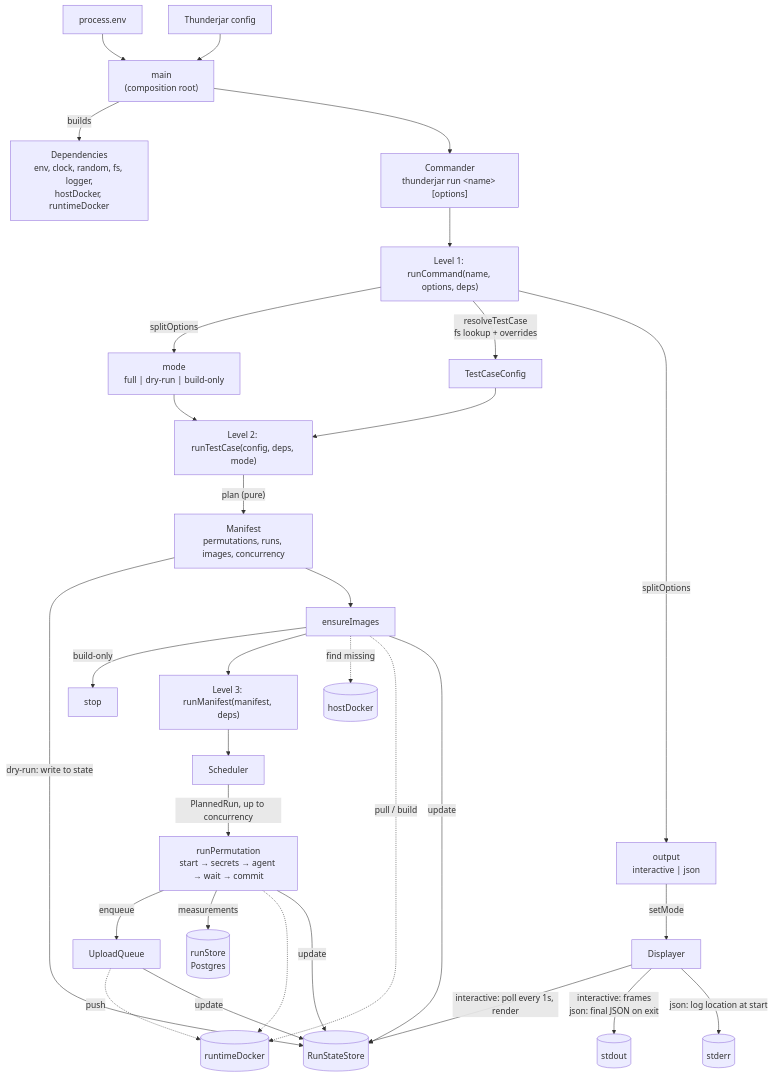
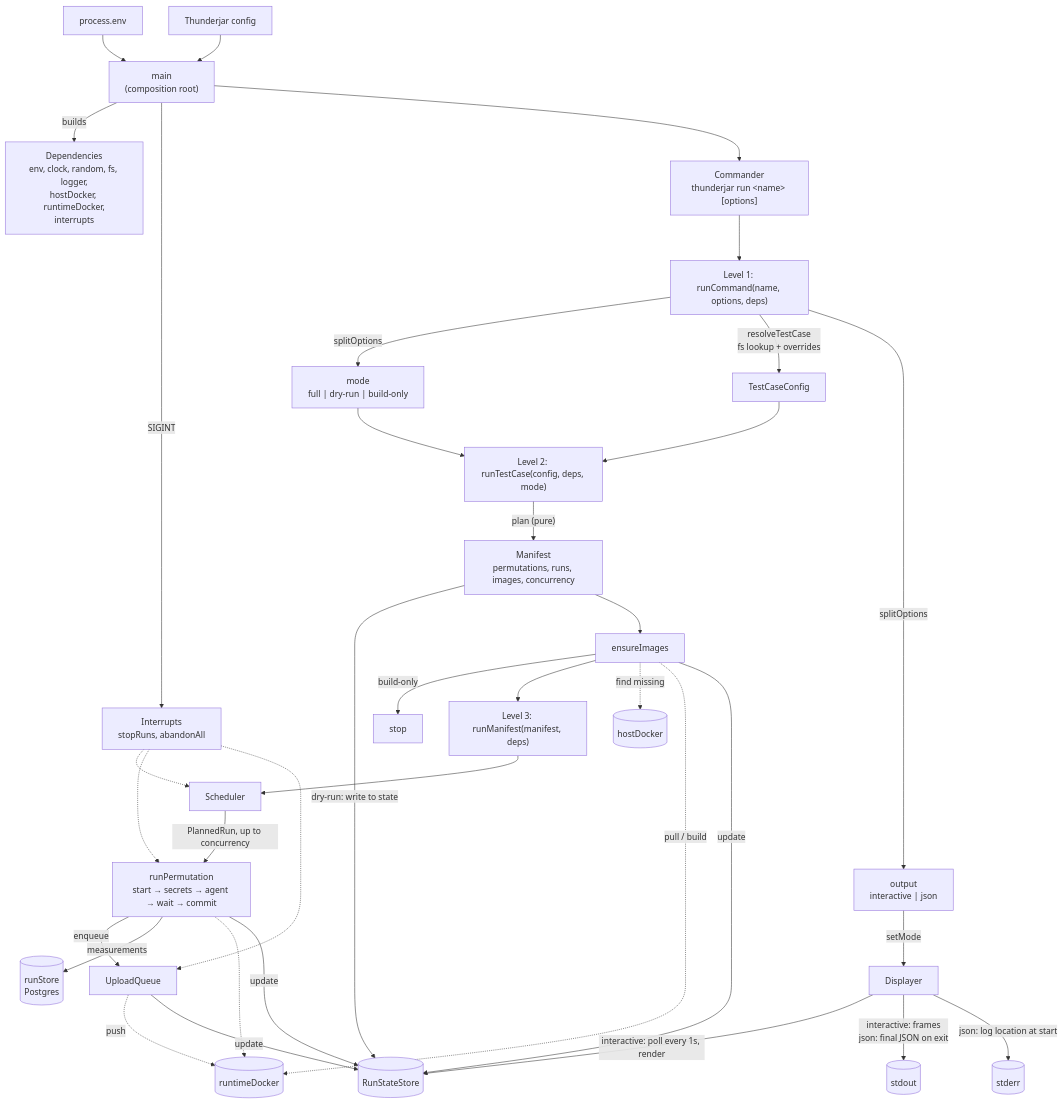
One commit to dwjohnston/thunderjar changed the first of 3 diagrams in project-md/human-safe-space/refactor-work/architecture-plan.md. Above: the diagram before and after it, drawn with Mermaid. The commit also changed other lines of this file, not shown here.

First line of the commit message:
📝 Architecture plan: what the first and second Ctrl+C do to a run

````diff
--- a/project-md/human-safe-space/refactor-work/architecture-plan.md
+++ b/project-md/human-safe-space/refactor-work/architecture-plan.md
@@ -7,38 +7,42 @@
 ```mermaid
 flowchart TD
   env["process.env"] --> main
   tjconfig["Thunderjar config"] --> main
-  main["main<br/>(composition root)"] -->|"builds"| deps["Dependencies<br/>env, clock, random, fs, logger,<br/>hostDocker, runtimeDocker"]
+  main["main<br/>(composition root)"] -->|"builds"| deps["Dependencies<br/>env, clock, random, fs, logger,<br/>hostDocker, runtimeDocker,<br/>interrupts"]
+  main -->|"SIGINT"| intr["Interrupts<br/>stopRuns, abandonAll"]
+  intr -.-> sched
+  intr -.-> perm
+  intr -.-> uq
   main --> cli["Commander<br/>thunderjar run &lt;name&gt; [options]"]
 
   cli --> L1["Level 1: runCommand(name, options, deps)"]
   L1 -->|"splitOptions"| mode["mode<br/>full | dry-run | build-only"]
   L1 -->|"resolveTestCase<br/>fs lookup + overrides"| cfg["TestCaseConfig"]
 
   cfg --> L2["Level 2: runTestCase(config, deps, mode)"]
   mode --> L2
   L2 -->|"plan (pure)"| manifest["Manifest<br/>permutations, runs, images, concurrency"]
   manifest -->|"dry-run: write to state"| state
   manifest --> ensure["ensureImages"]
   ensure -->|"build-only"| stop["stop"]
   ensure --> L3["Level 3: runManifest(manifest, deps)"]
 
   L3 --> sched["Scheduler"]
   sched -->|"PlannedRun, up to concurrency"| perm["runPermutation<br/>start → secrets → agent → wait → commit"]
   perm -->|"enqueue"| uq["UploadQueue"]
   perm -->|"measurements"| runstore[("runStore<br/>Postgres")]
 
   ensure -. "find missing" .-> host[("hostDocker")]
   ensure -. "pull / build" .-> rt[("runtimeDocker")]
   perm -.-> rt
   uq -. "push" .-> rt
 
   L1 -->|"splitOptions"| output["output<br/>interactive | json"]
   output -->|"setMode"| disp["Displayer"]
   ensure -->|"update"| state[("RunStateStore")]
   perm -->|"update"| state
   uq -->|"update"| state
   disp -->|"interactive: poll every 1s, render"| state
   disp -->|"interactive: frames<br/>json: final JSON on exit"| stdout[("stdout")]
   disp -->|"json: log location at start"| stderr[("stderr")]
 ```
````
